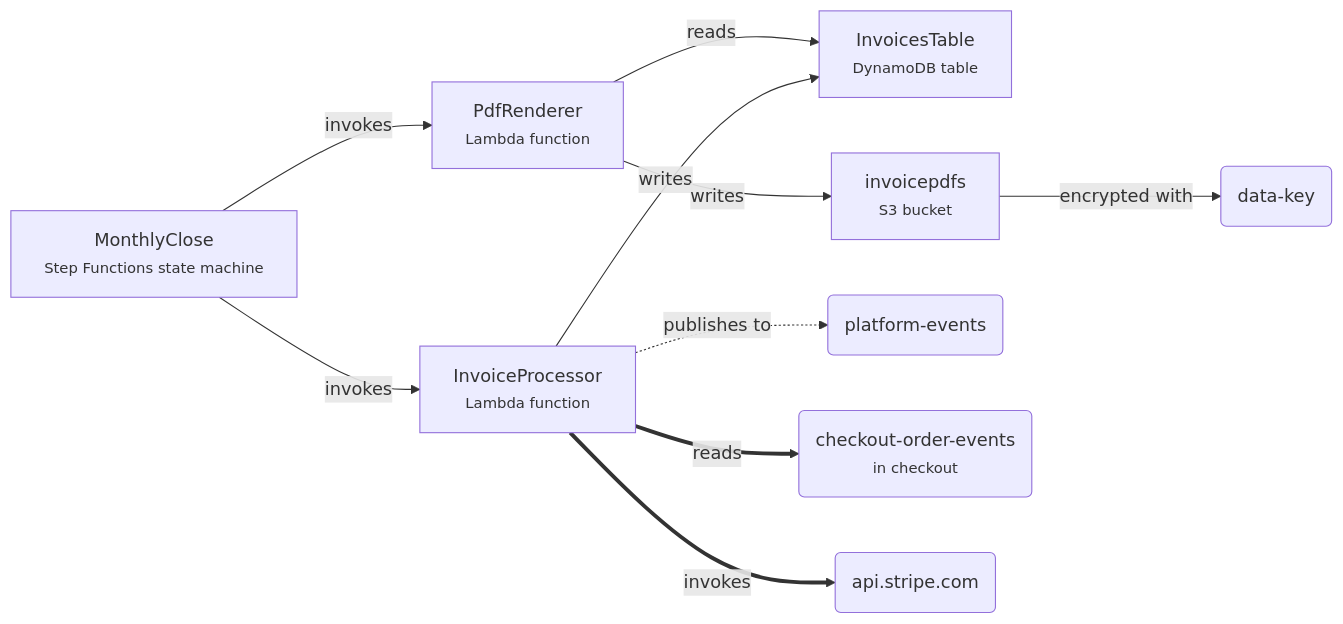
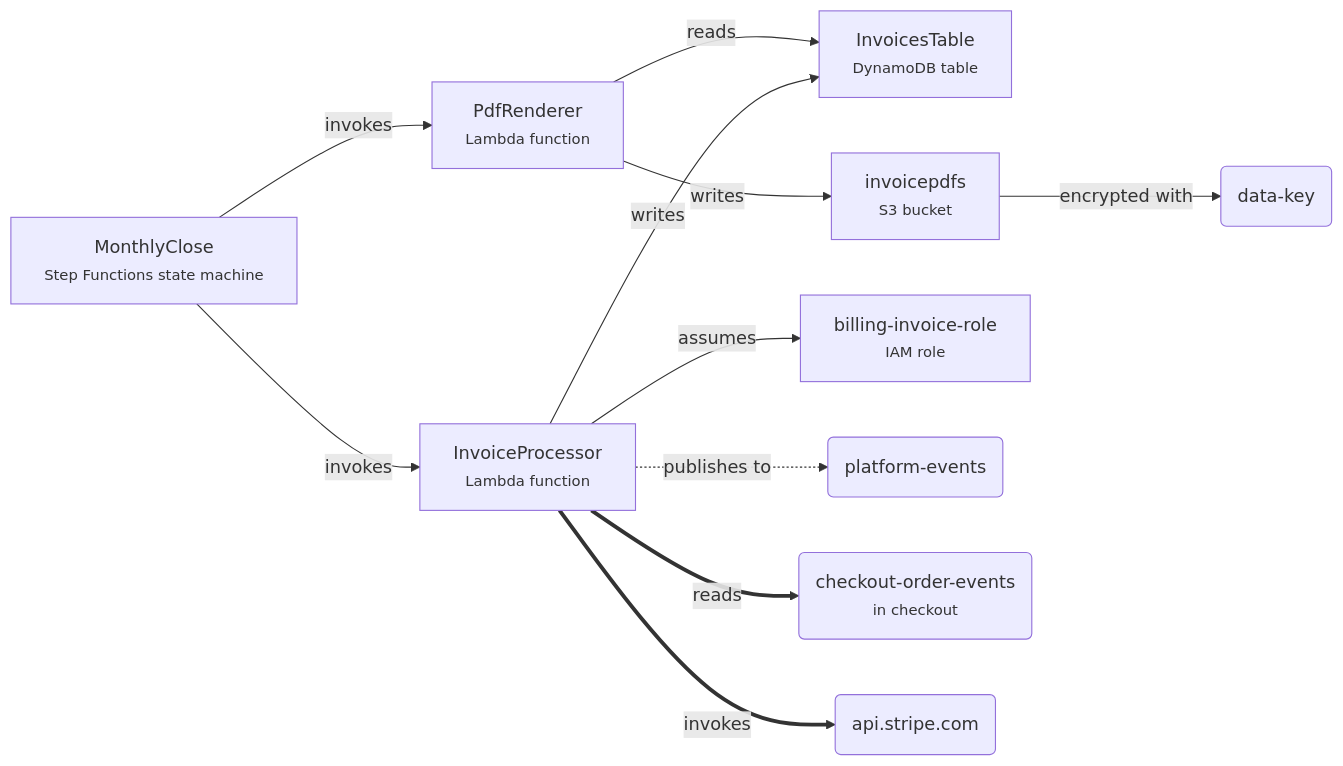
One commit to gonzaloan/sprawlr changed the diagram in examples/demo-architecture/apps/billing.md. Above: the diagram before and after it, drawn with Mermaid. The commit also changed other lines of this file and 123 other files, not shown here.

````diff
--- a/examples/demo-architecture/apps/billing.md
+++ b/examples/demo-architecture/apps/billing.md
@@ -15,21 +15,23 @@
 ```mermaid
 flowchart LR
   n0["InvoiceProcessor<br/><small>Lambda function</small>"]
   n1["PdfRenderer<br/><small>Lambda function</small>"]
   n2["MonthlyClose<br/><small>Step Functions state machine</small>"]
   n3["InvoicesTable<br/><small>DynamoDB table</small>"]
   n4["invoicepdfs<br/><small>S3 bucket</small>"]
-  n5("platform-events")
-  n6("checkout-order-events<br/><small>in checkout</small>")
-  n7("api.stripe.com")
-  n8("data-key")
+  n5["billing-invoice-role<br/><small>IAM role</small>"]
+  n6("platform-events")
+  n7("checkout-order-events<br/><small>in checkout</small>")
+  n8("api.stripe.com")
+  n9("data-key")
   n0 -->|writes| n3
-  n0 -.->|publishes to| n5
-  n0 ==>|reads| n6
-  n0 ==>|invokes| n7
+  n0 -.->|publishes to| n6
+  n0 -->|assumes| n5
+  n0 ==>|reads| n7
+  n0 ==>|invokes| n8
   n1 -->|reads| n3
   n1 -->|writes| n4
-  n4 -->|encrypted with| n8
+  n4 -->|encrypted with| n9
   n2 -->|invokes| n0
   n2 -->|invokes| n1
 ```
````
